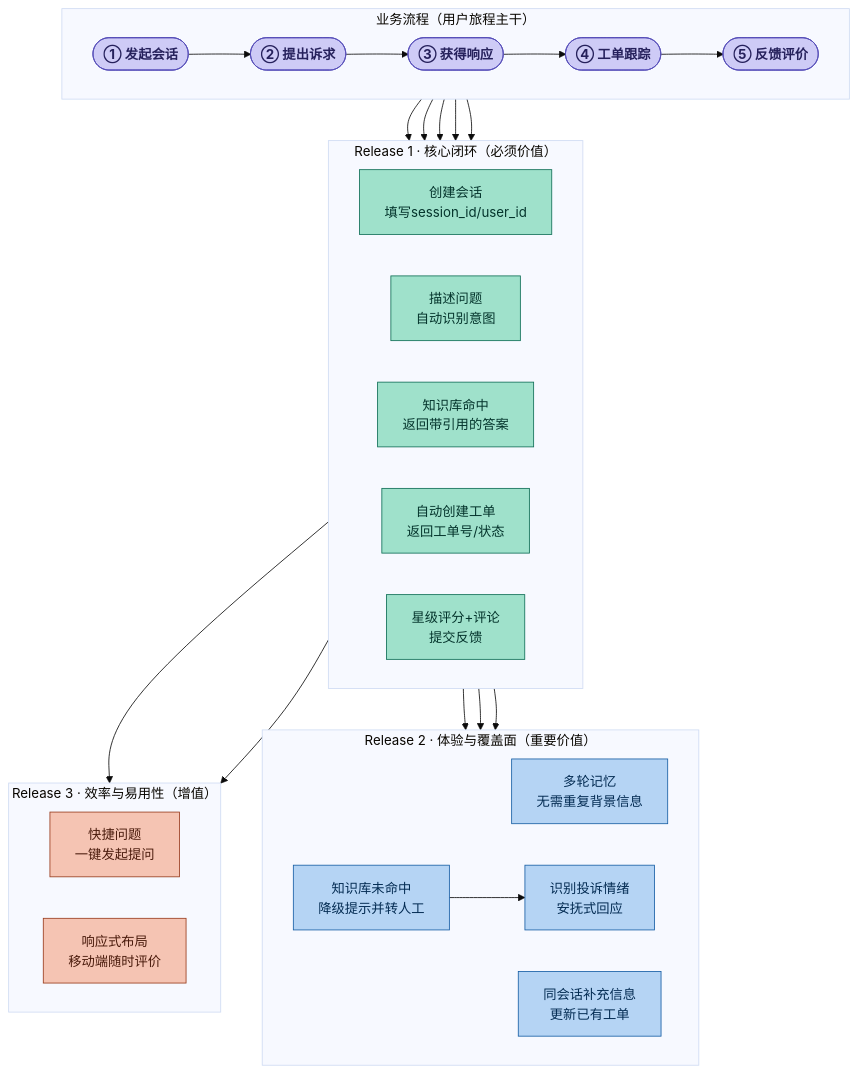
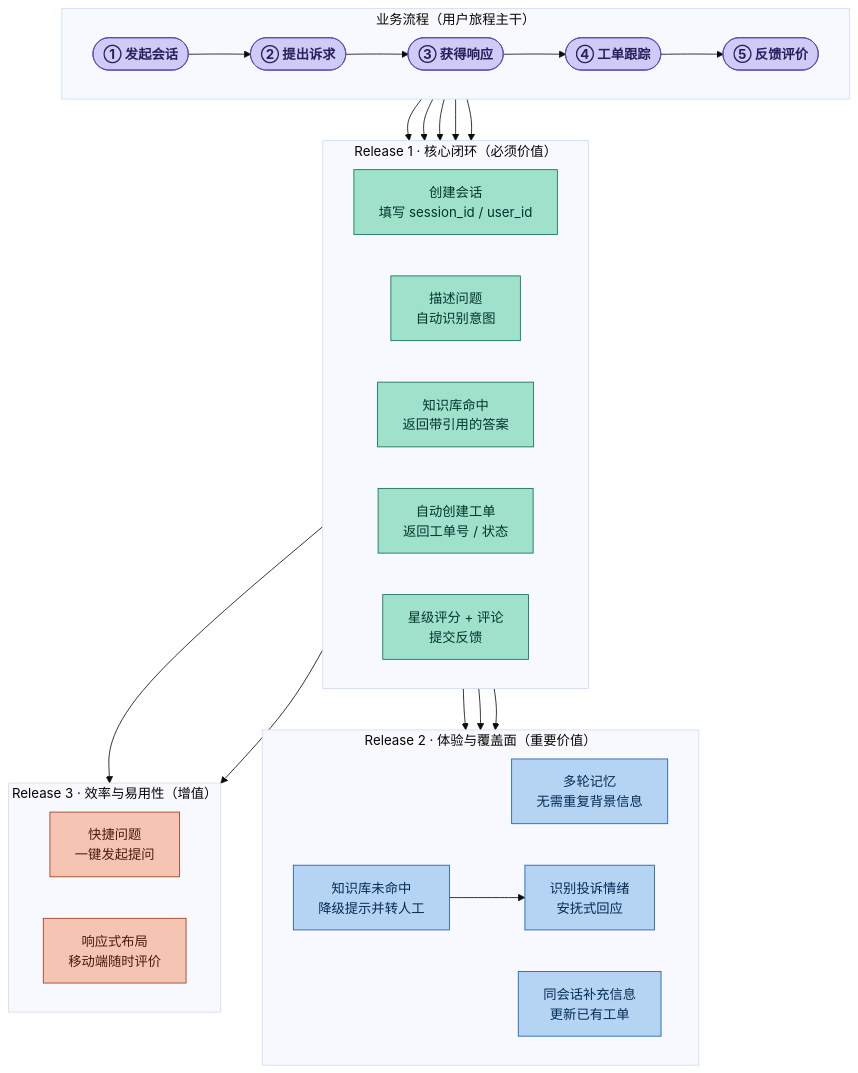
Before and after one commit to bettermorn/IntelligentSWEPractice: the second of 6 diagrams in courseware/pages/part2design.md, drawn with Mermaid (base theme).

Commit message:
Update user story map with Mermaid diagram

````diff
--- a/courseware/pages/part2design.md
+++ b/courseware/pages/part2design.md
@@ -169,41 +169,52 @@
 ```mermaid{scale:0.4}
 flowchart TB
+
 classDef epic fill:#CECBF6,stroke:#534AB7,color:#26215C,font-weight:bold;
 classDef mvp fill:#9FE1CB,stroke:#0F6E56,color:#04342C;
 classDef r2 fill:#B5D4F4,stroke:#185FA5,color:#042C53;
 classDef r3 fill:#F5C4B3,stroke:#993C1D,color:#4A1B0C;
+
 subgraph Backbone["业务流程（用户旅程主干）"]
-direction LR
-E1(["① 发起会话"]):::epic --> E2(["② 提出诉求"]):::epic --> E3(["③ 获得响应"]):::epic --> E4(["④ 工单跟踪"]):::epic --> E5(["⑤ 反馈评价"]):::epic
+    direction LR
+    E1(["① 发起会话"]):::epic
+    --> E2(["② 提出诉求"]):::epic
+    --> E3(["③ 获得响应"]):::epic
+    --> E4(["④ 工单跟踪"]):::epic
+    --> E5(["⑤ 反馈评价"]):::epic
 end
+
 subgraph R1["Release 1 · 核心闭环（必须价值）"]
-direction LR
-S1_1["创建会话<br/>填写session_id/user_id"]:::mvp
-S2_1["描述问题<br/>自动识别意图"]:::mvp
-S3_1["知识库命中<br/>返回带引用的答案"]:::mvp
-S4_1["自动创建工单<br/>返回工单号/状态"]:::mvp
-S5_1["星级评分+评论<br/>提交反馈"]:::mvp
+    direction LR
+    S1_1["创建会话<br/>填写 session_id / user_id"]:::mvp
+    S2_1["描述问题<br/>自动识别意图"]:::mvp
+    S3_1["知识库命中<br/>返回带引用的答案"]:::mvp
+    S4_1["自动创建工单<br/>返回工单号 / 状态"]:::mvp
+    S5_1["星级评分 + 评论<br/>提交反馈"]:::mvp
 end
+
 subgraph R2plus["Release 2 · 体验与覆盖面（重要价值）"]
-direction LR
-S2_2["多轮记忆<br/>无需重复背景信息"]:::r2
-S3_2["知识库未命中<br/>降级提示并转人工"]:::r2
-S3_3["识别投诉情绪<br/>安抚式回应"]:::r2
-S4_2["同会话补充信息<br/>更新已有工单"]:::r2
+    direction LR
+    S2_2["多轮记忆<br/>无需重复背景信息"]:::r2
+    S3_2["知识库未命中<br/>降级提示并转人工"]:::r2
+    S3_3["识别投诉情绪<br/>安抚式回应"]:::r2
+    S4_2["同会话补充信息<br/>更新已有工单"]:::r2
 end
+
 subgraph R3plus["Release 3 · 效率与易用性（增值）"]
-direction LR
-S1_2["快捷问题<br/>一键发起提问"]:::r3
-S5_2["响应式布局<br/>移动端随时评价"]:::r3
+    direction LR
+    S1_2["快捷问题<br/>一键发起提问"]:::r3
+    S5_2["响应式布局<br/>移动端随时评价"]:::r3
 end
+
 E1 --> S1_1
 E2 --> S2_1
 E3 --> S3_1
 E4 --> S4_1
 E5 --> S5_1
+
 S2_1 --> S2_2
 S3_1 --> S3_2 --> S3_3
 S4_1 --> S4_2
 S1_1 --> S1_2
 S5_1 --> S5_2
 ```
````
